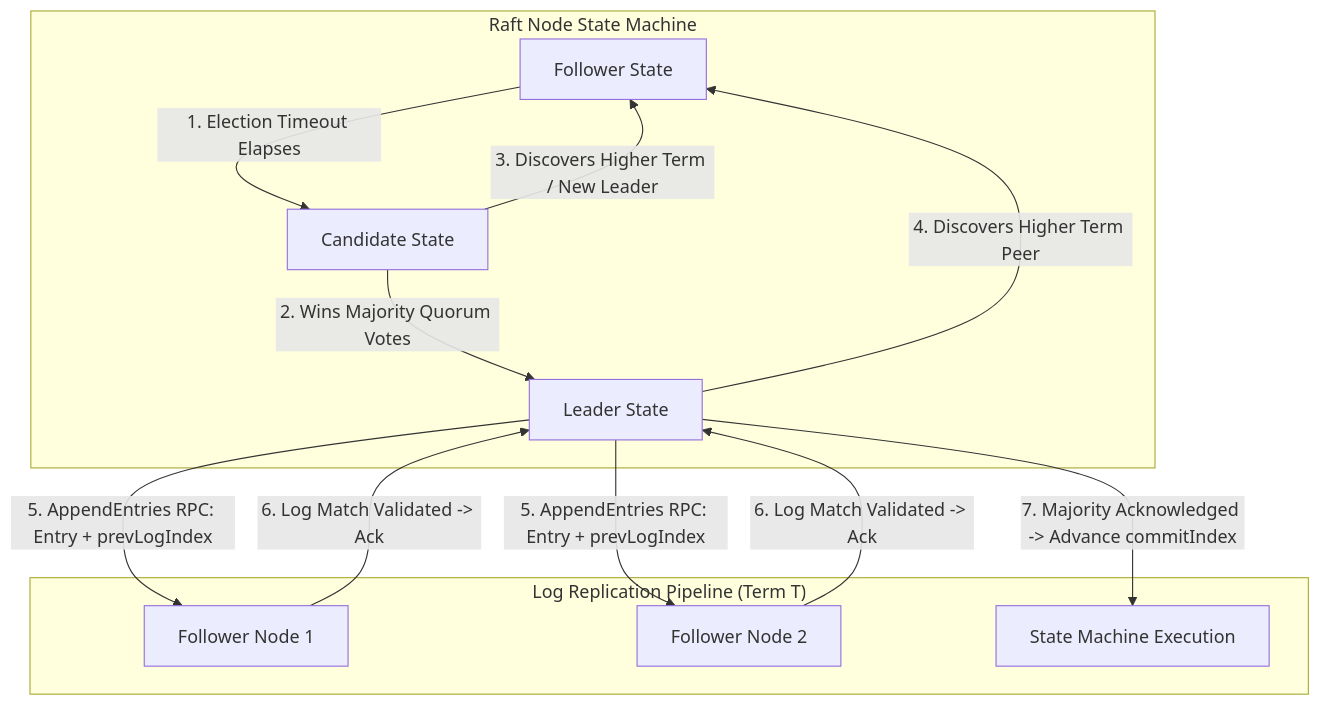
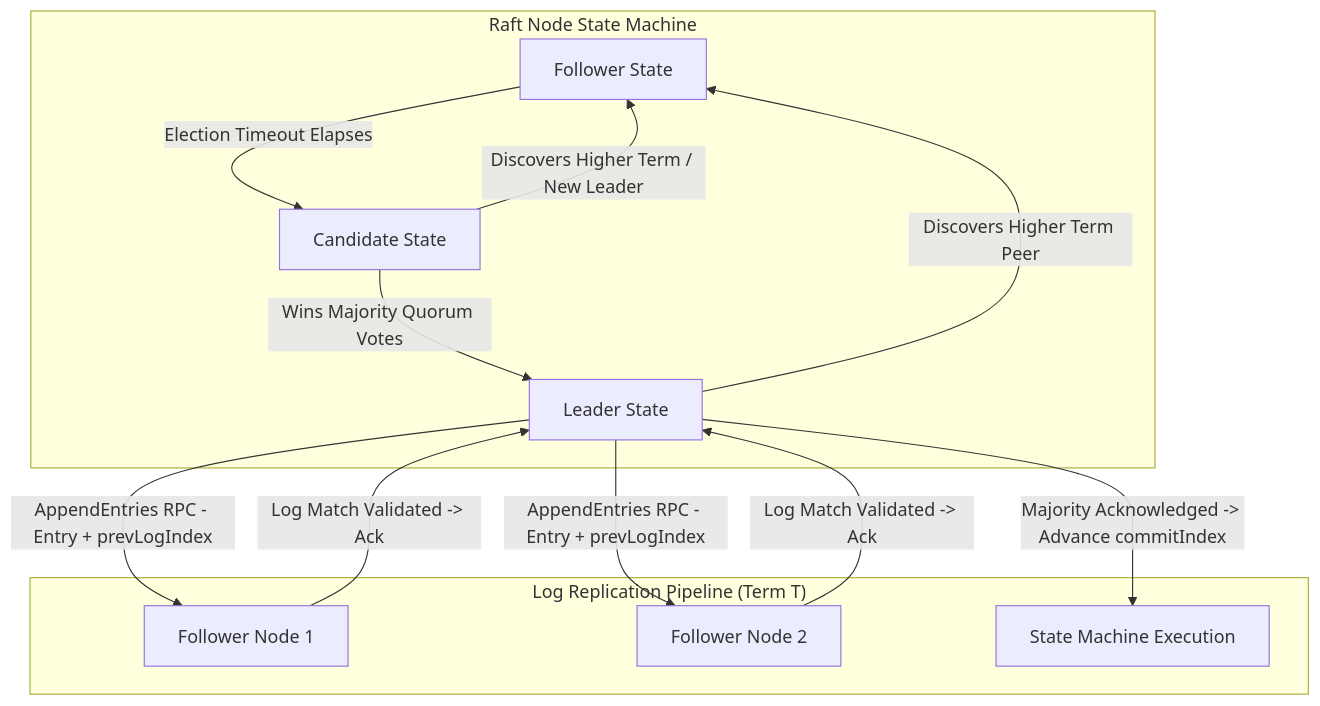
One commit to akmalkhaniub/akmalkhaniub.github.io changed the diagram in blog/posts/raft-consensus-protocol-leader-election-log-replication-safety.md. Above: the diagram before and after it, drawn with Mermaid. The commit also changed 411 other files, not shown here.

````diff
--- a/blog/posts/raft-consensus-protocol-leader-election-log-replication-safety.md
+++ b/blog/posts/raft-consensus-protocol-leader-election-log-replication-safety.md
@@ -19,19 +19,19 @@
 ```mermaid
-graph TD
+flowchart TD
   subgraph SG1_RaftNodeState ["Raft Node State Machine"]
-    Follower[Follower State] -->|1. Election Timeout Elapses| Candidate[Candidate State]
-    Candidate -->|2. Wins Majority Quorum Votes| Leader[Leader State]
-    Candidate -->|3. Discovers Higher Term / New Leader| Follower
-    Leader -->|4. Discovers Higher Term Peer| Follower
+    Follower[Follower State] -->|Election Timeout Elapses| Candidate[Candidate State]
+    Candidate -->|Wins Majority Quorum Votes| Leader[Leader State]
+    Candidate -->|Discovers Higher Term / New Leader| Follower
+    Leader -->|Discovers Higher Term Peer| Follower
   end
   
   subgraph SG2_LogReplicationPipeline ["Log Replication Pipeline (Term T)"]
-    Leader -->|5. AppendEntries RPC: Entry + prevLogIndex| F1[Follower Node 1]
-    Leader -->|5. AppendEntries RPC: Entry + prevLogIndex| F2[Follower Node 2]
+    Leader -->|AppendEntries RPC - Entry + prevLogIndex| F1[Follower Node 1]
+    Leader -->|AppendEntries RPC - Entry + prevLogIndex| F2[Follower Node 2]
     
-    F1 -->|6. Log Match Validated -> Ack| Leader
-    F2 -->|6. Log Match Validated -> Ack| Leader
+    F1 -->|Log Match Validated -> Ack| Leader
+    F2 -->|Log Match Validated -> Ack| Leader
     
-    Leader -->|7. Majority Acknowledged -> Advance commitIndex| StateMachine[State Machine Execution]
+    Leader -->|Majority Acknowledged -> Advance commitIndex| StateMachine[State Machine Execution]
   end
 ```
````
